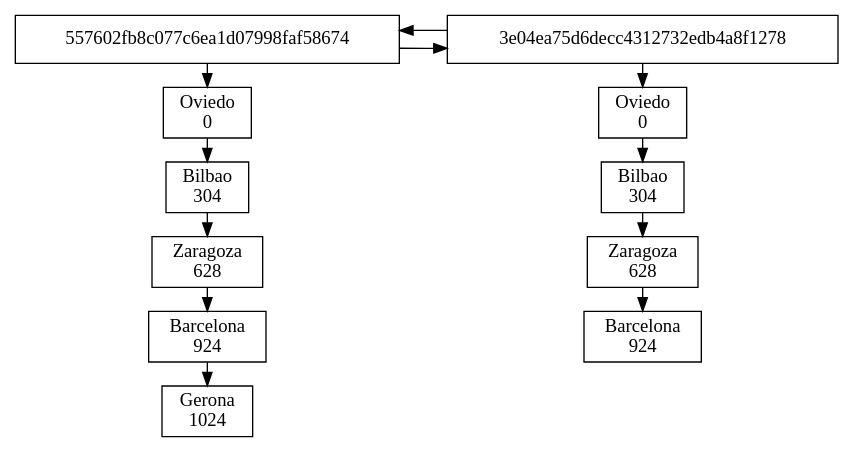
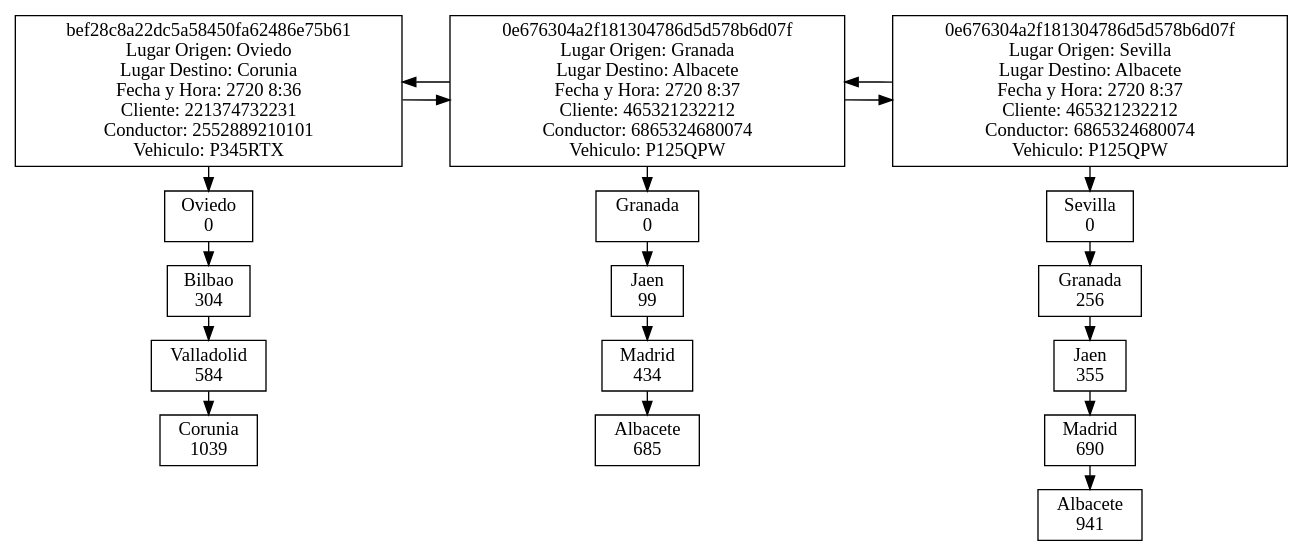
The diagram in R_BlockChain.dot (EmBarillasA94/EDD_PROYECTO2_JUNIO_201503741), drawn with Graphviz before and after one commit. The commit also changed 8 other files, not shown here.

```diff
--- a/R_BlockChain.dot
+++ b/R_BlockChain.dot
@@ -1,39 +1,55 @@
 digraph BlockChain{ 
 node[shape=box]; 
 rankdir = LR; 
 
-"18894468"[label = "557602fb8c077c6ea1d07998faf58674"] 
-"8605796"[label = "3e04ea75d6decc4312732edb4a8f1278"] 
-"18894468"->"8605796"; 
-"8605796"->"18894468"; 
+"33113427"[label = "bef28c8a22dc5a58450fa62486e75b61&#92;nLugar Origen: Oviedo&#92;nLugar Destino: Corunia&#92;nFecha y Hora: 2720 8:36&#92;nCliente: 221374732231&#92;nConductor: 2552889210101&#92;nVehiculo: P345RTX"] 
+"28040687"[label = "0e676304a2f181304786d5d578b6d07f&#92;nLugar Origen: Granada&#92;nLugar Destino: Albacete&#92;nFecha y Hora: 2720 8:37&#92;nCliente: 465321232212&#92;nConductor: 6865324680074&#92;nVehiculo: P125QPW"] 
+"13833081"[label = "0e676304a2f181304786d5d578b6d07f&#92;nLugar Origen: Sevilla&#92;nLugar Destino: Albacete&#92;nFecha y Hora: 2720 8:37&#92;nCliente: 465321232212&#92;nConductor: 6865324680074&#92;nVehiculo: P125QPW"] 
+"33113427"->"28040687"; 
+"28040687"->"33113427"; 
+"28040687"->"13833081"; 
+"13833081"->"28040687"; 
 
-subgraph ruta_18894468{ 
+subgraph ruta_33113427{ 
 rank=same; 
-"Oviedo_18894468"[label="Oviedo&#92;n0"]; 
-"Bilbao_18894468"[label="Bilbao&#92;n304"]; 
-"Zaragoza_18894468"[label="Zaragoza&#92;n628"]; 
-"Barcelona_18894468"[label="Barcelona&#92;n924"]; 
-"Gerona_18894468"[label="Gerona&#92;n1024"]; 
+"Oviedo_33113427"[label="Oviedo&#92;n0"]; 
+"Bilbao_33113427"[label="Bilbao&#92;n304"]; 
+"Valladolid_33113427"[label="Valladolid&#92;n584"]; 
+"Corunia_33113427"[label="Corunia&#92;n1039"]; 
 
-"Oviedo_18894468"->"Bilbao_18894468"; 
-"Bilbao_18894468"->"Zaragoza_18894468"; 
-"Zaragoza_18894468"->"Barcelona_18894468"; 
-"Barcelona_18894468"->"Gerona_18894468"; 
+"Oviedo_33113427"->"Bilbao_33113427"; 
+"Bilbao_33113427"->"Valladolid_33113427"; 
+"Valladolid_33113427"->"Corunia_33113427"; 
 }
-subgraph ruta_8605796{ 
+subgraph ruta_28040687{ 
 rank=same; 
-"Oviedo_8605796"[label="Oviedo&#92;n0"]; 
-"Bilbao_8605796"[label="Bilbao&#92;n304"]; 
-"Zaragoza_8605796"[label="Zaragoza&#92;n628"]; 
-"Barcelona_8605796"[label="Barcelona&#92;n924"]; 
+"Granada_28040687"[label="Granada&#92;n0"]; 
+"Jaen_28040687"[label="Jaen&#92;n99"]; 
+"Madrid_28040687"[label="Madrid&#92;n434"]; 
+"Albacete_28040687"[label="Albacete&#92;n685"]; 
 
-"Oviedo_8605796"->"Bilbao_8605796"; 
-"Bilbao_8605796"->"Zaragoza_8605796"; 
-"Zaragoza_8605796"->"Barcelona_8605796"; 
+"Granada_28040687"->"Jaen_28040687"; 
+"Jaen_28040687"->"Madrid_28040687"; 
+"Madrid_28040687"->"Albacete_28040687"; 
 }
-{rank=same "18894468" "Oviedo_18894468"} 
-"18894468"->"Oviedo_18894468"; 
-{rank=same "8605796" "Oviedo_8605796"} 
-"8605796"->"Oviedo_8605796"; 
+subgraph ruta_13833081{ 
+rank=same; 
+"Sevilla_13833081"[label="Sevilla&#92;n0"]; 
+"Granada_13833081"[label="Granada&#92;n256"]; 
+"Jaen_13833081"[label="Jaen&#92;n355"]; 
+"Madrid_13833081"[label="Madrid&#92;n690"]; 
+"Albacete_13833081"[label="Albacete&#92;n941"]; 
+
+"Sevilla_13833081"->"Granada_13833081"; 
+"Granada_13833081"->"Jaen_13833081"; 
+"Jaen_13833081"->"Madrid_13833081"; 
+"Madrid_13833081"->"Albacete_13833081"; 
+}
+{rank=same "33113427" "Oviedo_33113427"} 
+"33113427"->"Oviedo_33113427"; 
+{rank=same "28040687" "Granada_28040687"} 
+"28040687"->"Granada_28040687"; 
+{rank=same "13833081" "Sevilla_13833081"} 
+"13833081"->"Sevilla_13833081"; 
 
 }
```
